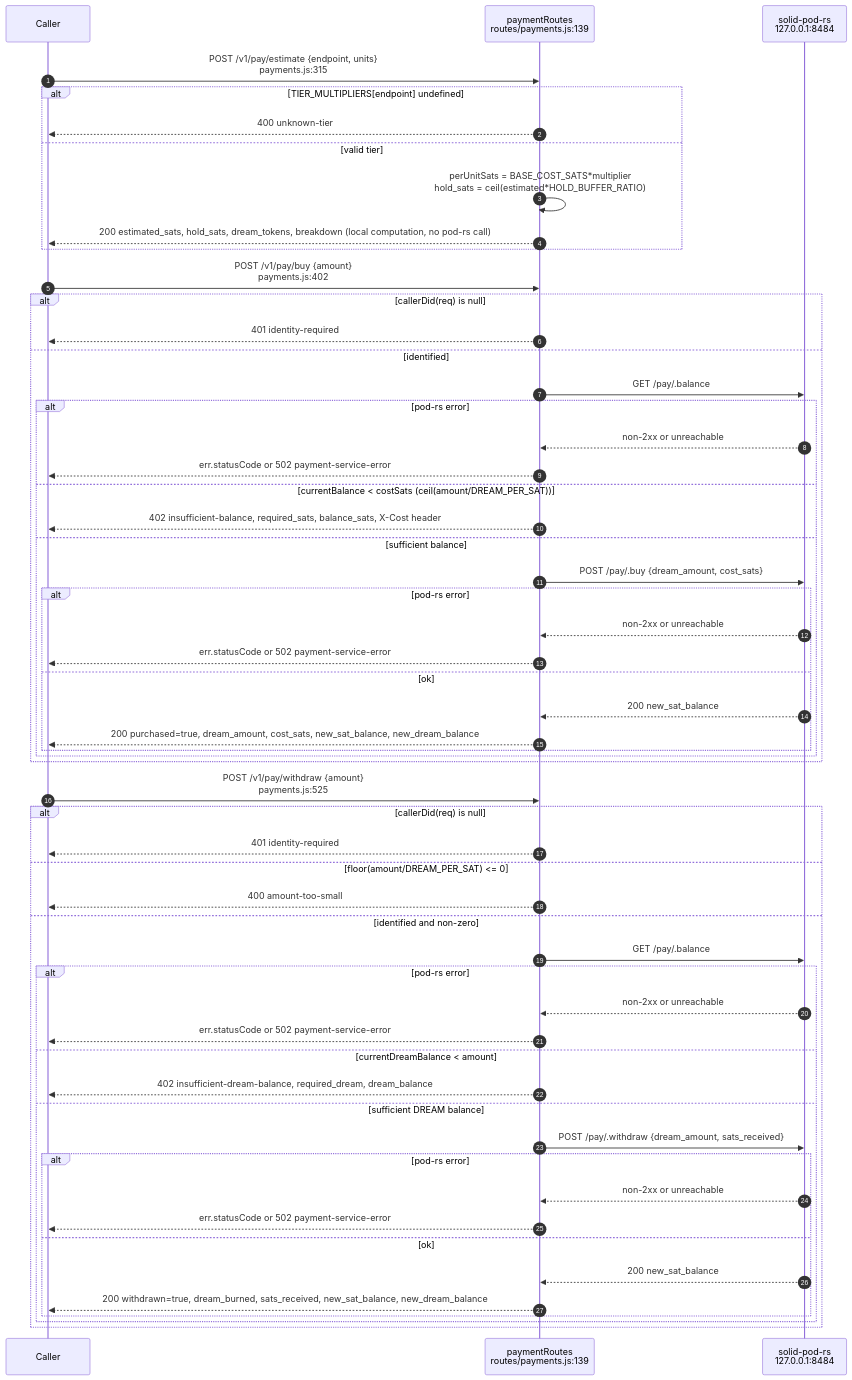
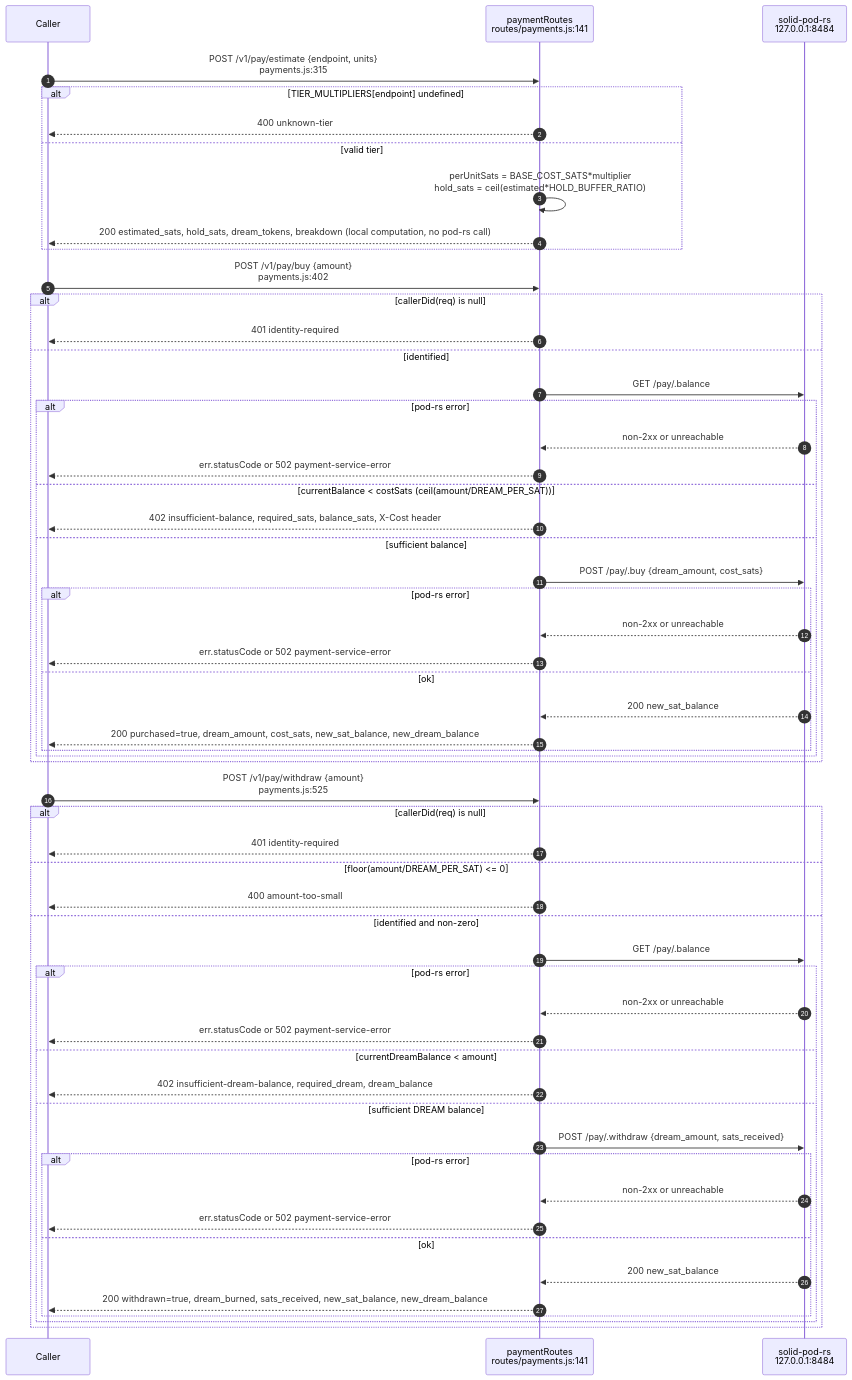
One commit to DreamLab-AI/VisionFlow changed the eighth of 15 diagrams in docs/diagrams/agentbox/15-capability-gating-spend-consultants.md. Above: the diagram before and after it, drawn with Mermaid. The commit also changed other lines of this file and 173 other files, not shown here.

````diff
--- a/docs/diagrams/agentbox/15-capability-gating-spend-consultants.md
+++ b/docs/diagrams/agentbox/15-capability-gating-spend-consultants.md
@@ -388,61 +376,61 @@
 ```mermaid
 sequenceDiagram
     autonumber
     participant C as Caller
-    participant R as paymentRoutes<br/>routes/payments.js:139
+    participant R as paymentRoutes<br/>routes/payments.js:141
     participant Pod as solid-pod-rs<br/>127.0.0.1:8484
 
     C->>R: POST /v1/pay/estimate {endpoint, units}<br/>payments.js:315
     alt TIER_MULTIPLIERS#91;endpoint#93; undefined
         R-->>C: 400 unknown-tier
     else valid tier
         R->>R: perUnitSats = BASE_COST_SATS*multiplier<br/>hold_sats = ceil#40;estimated*HOLD_BUFFER_RATIO#41;
         R-->>C: 200 estimated_sats, hold_sats, dream_tokens, breakdown #40;local computation, no pod-rs call#41;
     end
 
     C->>R: POST /v1/pay/buy {amount}<br/>payments.js:402
     alt callerDid(req) is null
         R-->>C: 401 identity-required
     else identified
         R->>Pod: GET /pay/.balance
         alt pod-rs error
             Pod-->>R: non-2xx or unreachable
             R-->>C: err.statusCode or 502 payment-service-error
         else currentBalance #60; costSats #40;ceil#40;amount/DREAM_PER_SAT#41;#41;
             R-->>C: 402 insufficient-balance, required_sats, balance_sats, X-Cost header
         else sufficient balance
             R->>Pod: POST /pay/.buy {dream_amount, cost_sats}
             alt pod-rs error
                 Pod-->>R: non-2xx or unreachable
                 R-->>C: err.statusCode or 502 payment-service-error
             else ok
                 Pod-->>R: 200 new_sat_balance
                 R-->>C: 200 purchased=true, dream_amount, cost_sats, new_sat_balance, new_dream_balance
             end
         end
     end
 
     C->>R: POST /v1/pay/withdraw {amount}<br/>payments.js:525
     alt callerDid(req) is null
         R-->>C: 401 identity-required
     else floor#40;amount/DREAM_PER_SAT#41; #60;#61; 0
         R-->>C: 400 amount-too-small
     else identified and non-zero
         R->>Pod: GET /pay/.balance
         alt pod-rs error
             Pod-->>R: non-2xx or unreachable
             R-->>C: err.statusCode or 502 payment-service-error
         else currentDreamBalance #60; amount
             R-->>C: 402 insufficient-dream-balance, required_dream, dream_balance
         else sufficient DREAM balance
             R->>Pod: POST /pay/.withdraw {dream_amount, sats_received}
             alt pod-rs error
                 Pod-->>R: non-2xx or unreachable
                 R-->>C: err.statusCode or 502 payment-service-error
             else ok
                 Pod-->>R: 200 new_sat_balance
                 R-->>C: 200 withdrawn=true, dream_burned, sats_received, new_sat_balance, new_dream_balance
             end
         end
     end
 ```
````
